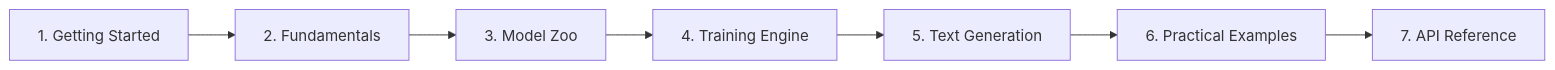
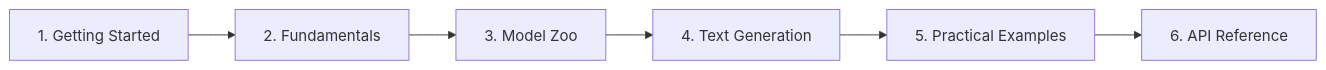
Before and after one commit to Gurumurthy30/Stackformer: the second of 2 diagrams in docs/index.md, drawn with Mermaid. The commit also changed other lines of this file and 72 other files, not shown here.

````diff
--- a/docs/index.md
+++ b/docs/index.md
@@ -156,9 +156,8 @@
 ```mermaid
 graph LR
     GS["1. Getting Started"] --> F["2. Fundamentals"]
     F --> M["3. Model Zoo"]
-    M --> T["4. Training Engine"]
-    T --> G["5. Text Generation"]
-    G --> EX["6. Practical Examples"]
-    EX --> API["7. API Reference"]
+    M --> G["4. Text Generation"]
+    G --> EX["5. Practical Examples"]
+    EX --> API["6. API Reference"]
 ```
````
